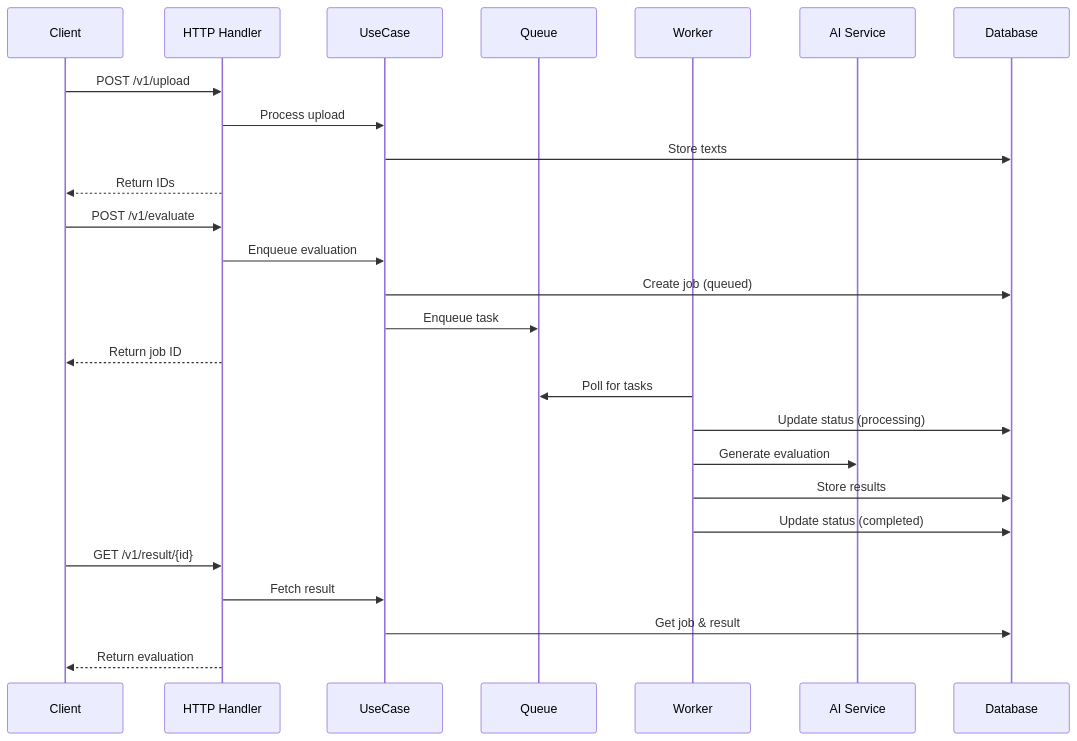
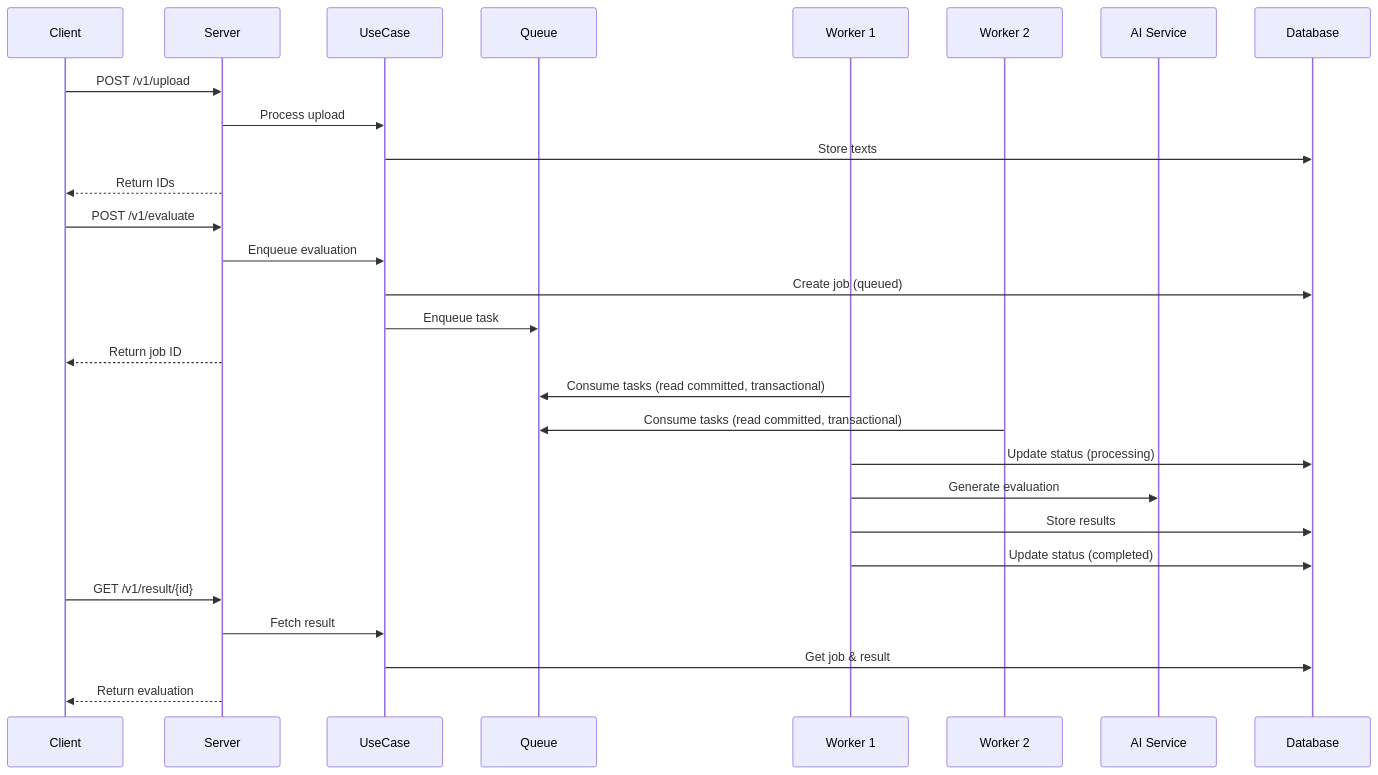
One commit to fairyhunter13/ai-cv-evaluator changed the second of 3 diagrams in docs/architecture/ARCHITECTURE.md. Above: the diagram before and after it, drawn with Mermaid. The commit also changed other lines of this file and 274 other files, not shown here.

````diff
--- a/docs/architecture/ARCHITECTURE.md
+++ b/docs/architecture/ARCHITECTURE.md
@@ -38,32 +62,34 @@
 ```mermaid
 sequenceDiagram
     participant C as Client
-    participant H as HTTP Handler
+    participant S as Server
     participant U as UseCase
     participant Q as Queue
-    participant W as Worker
+    participant W1 as Worker 1
+    participant W2 as Worker 2
     participant AI as AI Service
     participant DB as Database
     
-    C->>H: POST /v1/upload
-    H->>U: Process upload
+    C->>S: POST /v1/upload
+    S->>U: Process upload
     U->>DB: Store texts
-    H-->>C: Return IDs
+    S-->>C: Return IDs
     
-    C->>H: POST /v1/evaluate
-    H->>U: Enqueue evaluation
+    C->>S: POST /v1/evaluate
+    S->>U: Enqueue evaluation
     U->>DB: Create job (queued)
     U->>Q: Enqueue task
-    H-->>C: Return job ID
+    S-->>C: Return job ID
     
-    W->>Q: Poll for tasks
-    W->>DB: Update status (processing)
-    W->>AI: Generate evaluation
-    W->>DB: Store results
-    W->>DB: Update status (completed)
+    W1->>Q: Consume tasks (read committed, transactional)
+    W2->>Q: Consume tasks (read committed, transactional)
+    W1->>DB: Update status (processing)
+    W1->>AI: Generate evaluation
+    W1->>DB: Store results
+    W1->>DB: Update status (completed)
     
-    C->>H: GET /v1/result/{id}
-    H->>U: Fetch result
+    C->>S: GET /v1/result/{id}
+    S->>U: Fetch result
     U->>DB: Get job & result
-    H-->>C: Return evaluation
+    S-->>C: Return evaluation
 ```
````
